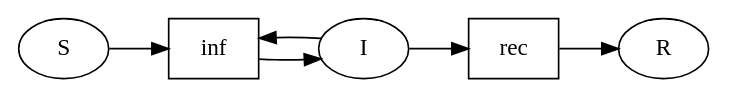
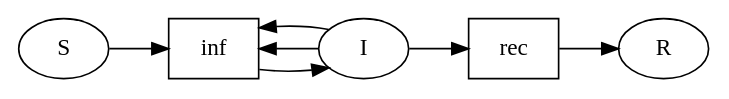
Before and after one commit to siftech/funman: the diagram in notes/abstraction/fig/sir/sir-simple.dot, drawn with Graphviz. The commit also changed 5 other files, not shown here.

```diff
--- a/notes/abstraction/fig/sir/sir-simple.dot
+++ b/notes/abstraction/fig/sir/sir-simple.dot
@@ -1,14 +1,15 @@
 digraph petrinet {
     rankdir=LR;
 	inf [shape=box]
 	S -> inf
 	rec [shape=box]
 	inf [shape=box]
+	I -> inf
 	I -> inf
 	inf -> I
 	rec [shape=box]
 	I -> rec
 	inf [shape=box]
 	rec [shape=box]
 	rec -> R
 }
```
